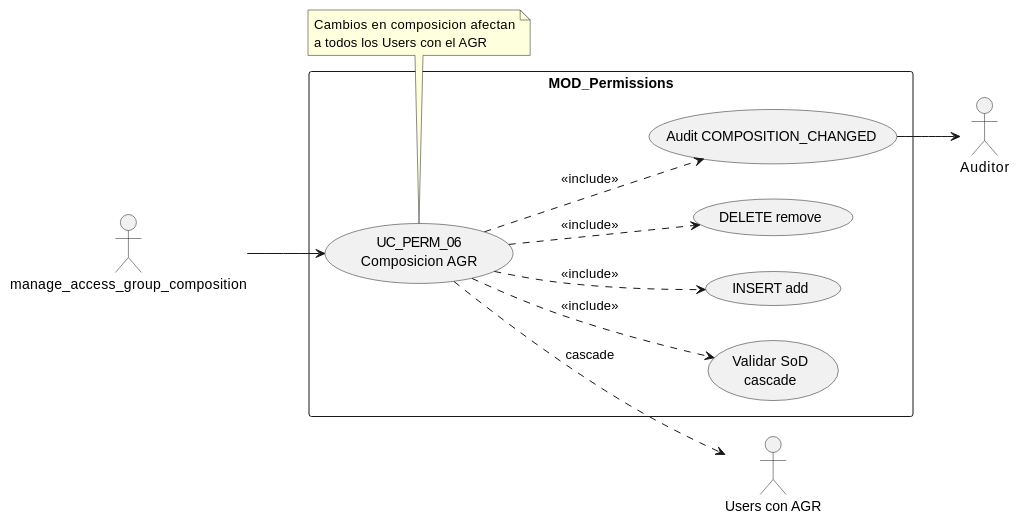
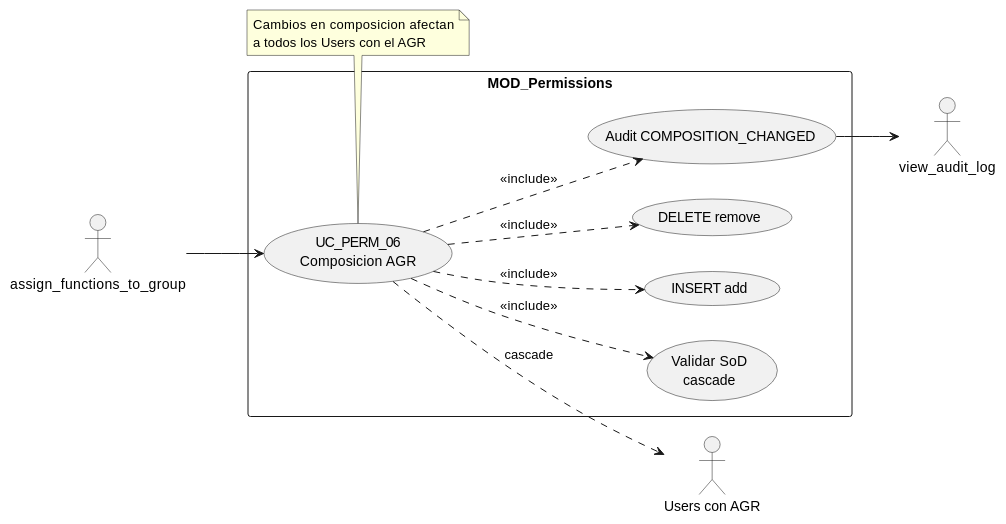
One commit to jcg-admin/IACT-docs changed the first of 4 diagrams in source/requisitos/casos-uso/permissions/uc-perm-06/diagramas-uml.rst. Above: the diagram before and after it, drawn with PlantUML. The commit also changed other lines of this file and 157 other files, not shown here.

First line of the commit message:
Enforce catalog function names across all diagrams

```diff
--- a/source/requisitos/casos-uso/permissions/uc-perm-06/diagramas-uml.rst
+++ b/source/requisitos/casos-uso/permissions/uc-perm-06/diagramas-uml.rst
@@ -10,32 +10,32 @@
 .. uml::
  :caption: UC_PERM_06 — composicion AGR
 
  @startuml
  left to right direction
 
- actor "manage_access_group_composition" as MGR
+ actor "assign_functions_to_group" as MGR
  actor "Users con AGR" as USERS
- actor "Auditor" as AUD
+ actor "view_audit_log" as AUD
 
  rectangle "MOD_Permissions" {
    usecase "UC_PERM_06\nComposicion AGR" as UC06
    usecase "Validar SoD\ncascade" as VSOD
    usecase "INSERT add" as INS
    usecase "DELETE remove" as DEL
    usecase "Audit COMPOSITION_CHANGED" as EMI
  }
 
  MGR --> UC06
  UC06 ..> VSOD : <<include>>
  UC06 ..> INS : <<include>>
  UC06 ..> DEL : <<include>>
  UC06 ..> EMI : <<include>>
  UC06 ..> USERS : cascade
  EMI --> AUD
 
  note bottom of UC06
    Cambios en composicion afectan
    a todos los Users con el AGR
  end note
 
  @enduml
```
